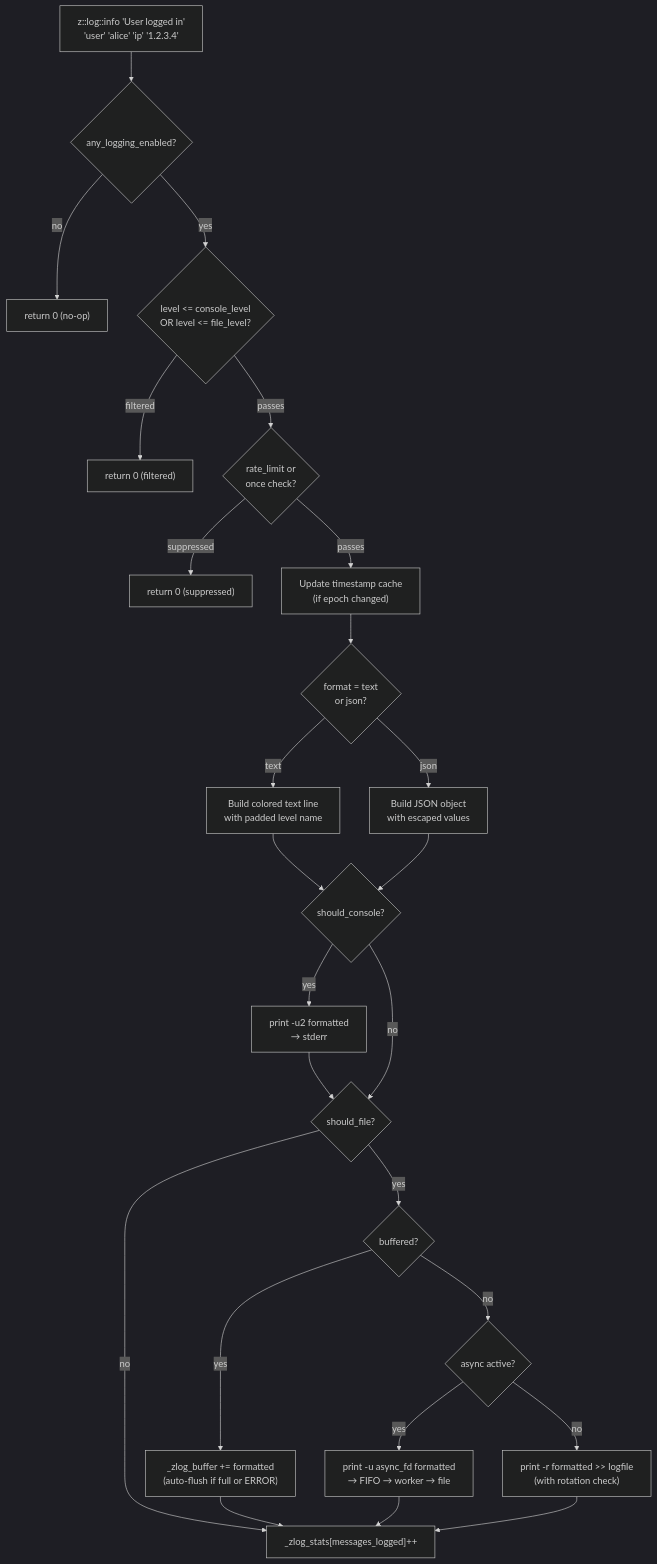
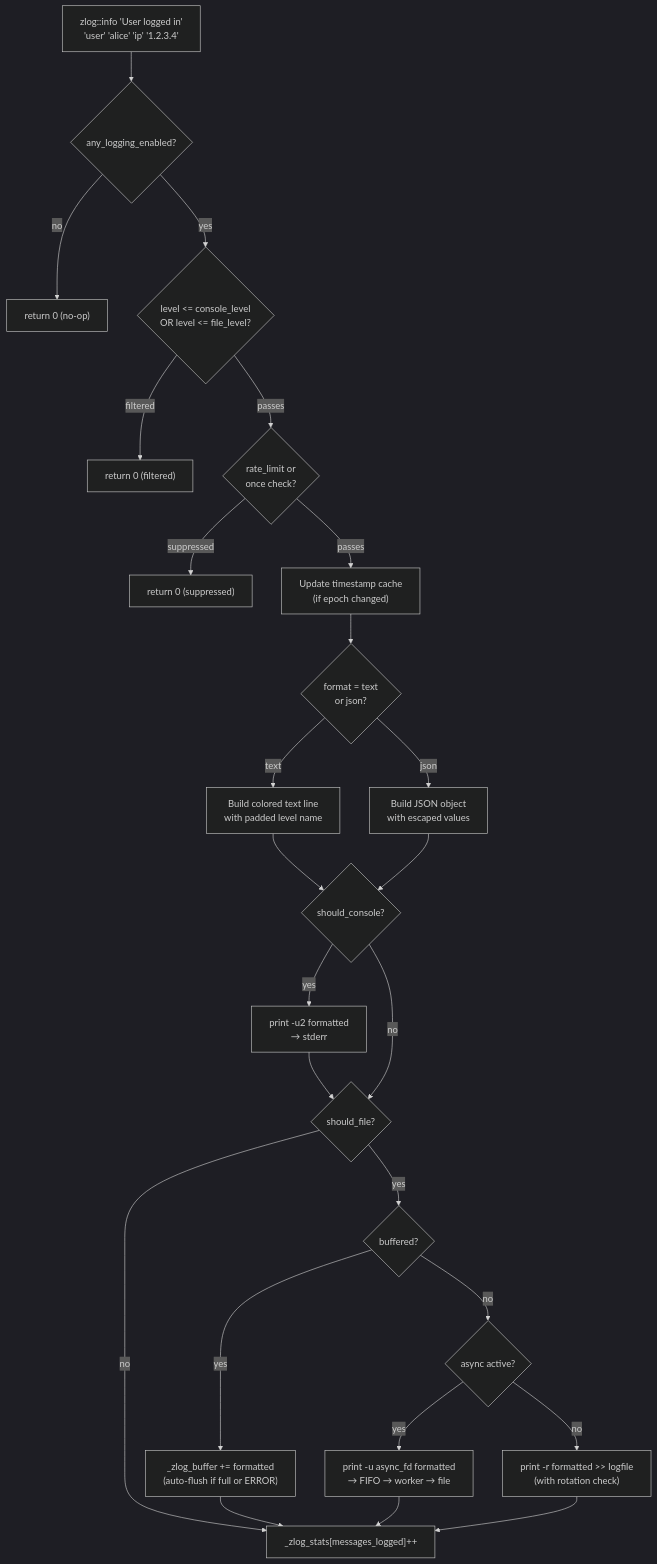
Before and after one commit to Khodaparastan/zsh-log: diagram 20 of 20 in docs/architecture.md, drawn with Mermaid (dark theme). The commit also changed other lines of this file and 14 other files, not shown here.

First line of the commit message:
update function prefixes from z::log:: to zlog:: in documentation and examples

````diff
--- a/docs/architecture.md
+++ b/docs/architecture.md
@@ -1035,50 +1035,50 @@
 ```mermaid
 flowchart TD
-    Call["z::log::info 'User logged in'\n'user' 'alice' 'ip' '1.2.3.4'"]
+    Call["zlog::info 'User logged in'\n'user' 'alice' 'ip' '1.2.3.4'"]
 
     FastFlag{"any_logging_enabled?"}
     Drop1["return 0 (no-op)"]
 
     LevelFilter{"level <= console_level\nOR level <= file_level?"}
     Drop2["return 0 (filtered)"]
 
     RateOnce{"rate_limit or\nonce check?"}
     Drop3["return 0 (suppressed)"]
 
     TS["Update timestamp cache\n(if epoch changed)"]
 
     Fmt{"format = text\nor json?"}
     FmtText["Build colored text line\nwith padded level name"]
     FmtJSON["Build JSON object\nwith escaped values"]
 
     Console{"should_console?"}
     ConOut["print -u2 formatted\n→ stderr"]
 
     FileCheck{"should_file?"}
     BufCheck{"buffered?"}
     BufAdd["_zlog_buffer += formatted\n(auto-flush if full or ERROR)"]
     AsyncCheck{"async active?"}
     AsyncOut["print -u async_fd formatted\n→ FIFO → worker → file"]
     DirectOut["print -r formatted >> logfile\n(with rotation check)"]
 
     Stats["_zlog_stats[messages_logged]++"]
 
     Call --> FastFlag
     FastFlag -->|no| Drop1
     FastFlag -->|yes| LevelFilter
     LevelFilter -->|filtered| Drop2
     LevelFilter -->|passes| RateOnce
     RateOnce -->|suppressed| Drop3
     RateOnce -->|passes| TS --> Fmt
     Fmt -->|text| FmtText
     Fmt -->|json| FmtJSON
     FmtText & FmtJSON --> Console
     Console -->|yes| ConOut --> FileCheck
     Console -->|no| FileCheck
     FileCheck -->|no| Stats
     FileCheck -->|yes| BufCheck
     BufCheck -->|yes| BufAdd --> Stats
     BufCheck -->|no| AsyncCheck
     AsyncCheck -->|yes| AsyncOut --> Stats
     AsyncCheck -->|no| DirectOut --> Stats
 ```
````
